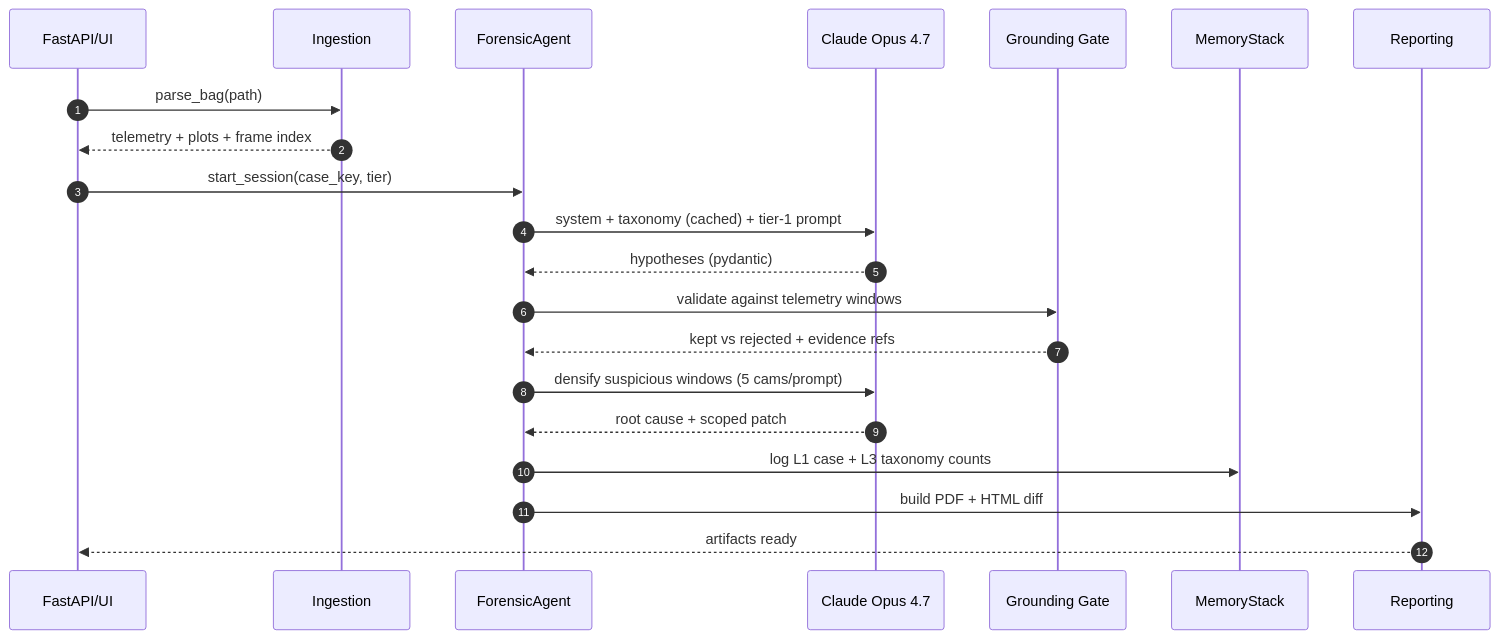
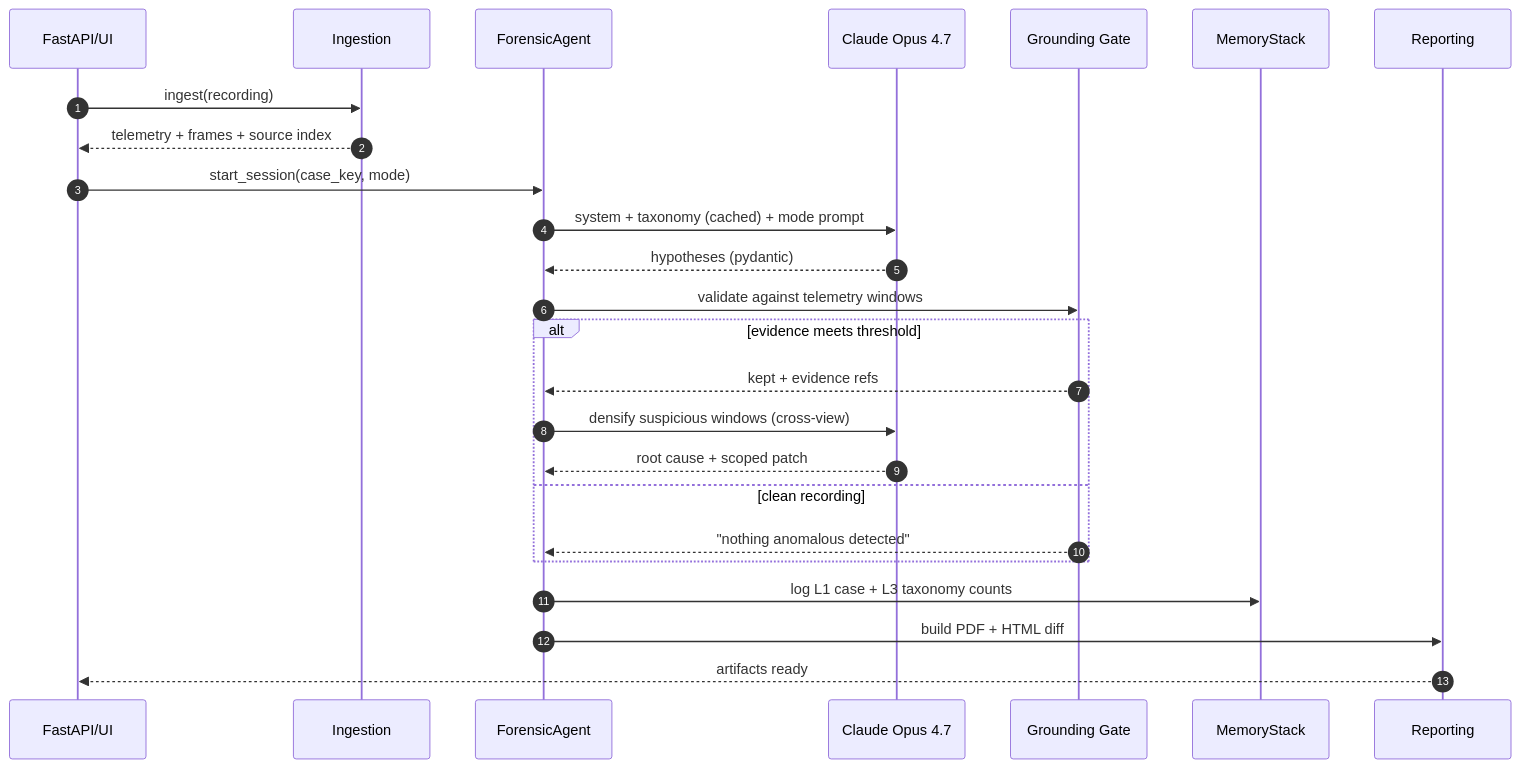
Before and after one commit to LucasErcolano/BlackBox: the second of 7 diagrams in README.md, drawn with Mermaid. The commit also changed other lines of this file, not shown here.

````diff
--- a/README.md
+++ b/README.md
@@ -57,24 +59,28 @@
 ```mermaid
 sequenceDiagram
     autonumber
     participant UI as FastAPI/UI
     participant Ing as Ingestion
     participant Ag as ForensicAgent
     participant Cl as Claude Opus 4.7
     participant Gr as Grounding Gate
     participant Mem as MemoryStack
     participant Rep as Reporting
 
-    UI->>Ing: parse_bag(path)
-    Ing-->>UI: telemetry + plots + frame index
-    UI->>Ag: start_session(case_key, tier)
-    Ag->>Cl: system + taxonomy (cached) + tier-1 prompt
+    UI->>Ing: ingest(recording)
+    Ing-->>UI: telemetry + frames + source index
+    UI->>Ag: start_session(case_key, mode)
+    Ag->>Cl: system + taxonomy (cached) + mode prompt
     Cl-->>Ag: hypotheses (pydantic)
     Ag->>Gr: validate against telemetry windows
-    Gr-->>Ag: kept vs rejected + evidence refs
-    Ag->>Cl: densify suspicious windows (5 cams/prompt)
-    Cl-->>Ag: root cause + scoped patch
+    alt evidence meets threshold
+        Gr-->>Ag: kept + evidence refs
+        Ag->>Cl: densify suspicious windows (cross-view)
+        Cl-->>Ag: root cause + scoped patch
+    else clean recording
+        Gr-->>Ag: "nothing anomalous detected"
+    end
     Ag->>Mem: log L1 case + L3 taxonomy counts
     Ag->>Rep: build PDF + HTML diff
     Rep-->>UI: artifacts ready
 ```
````
